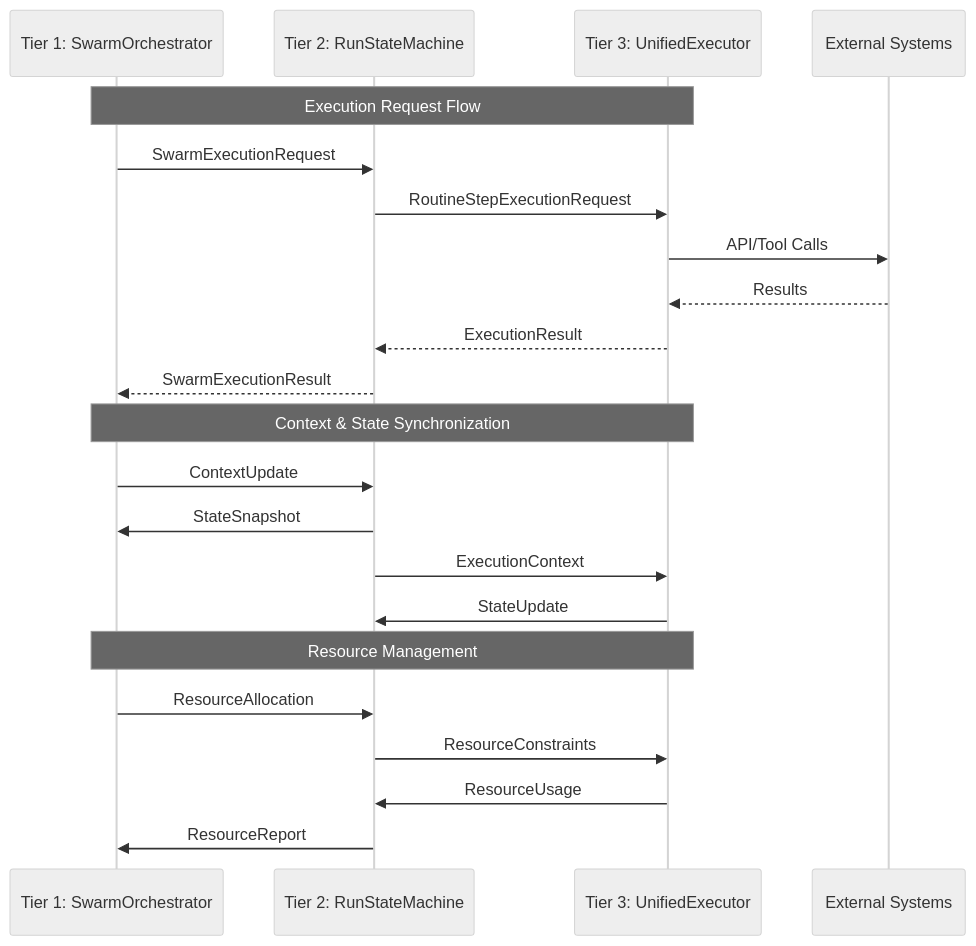
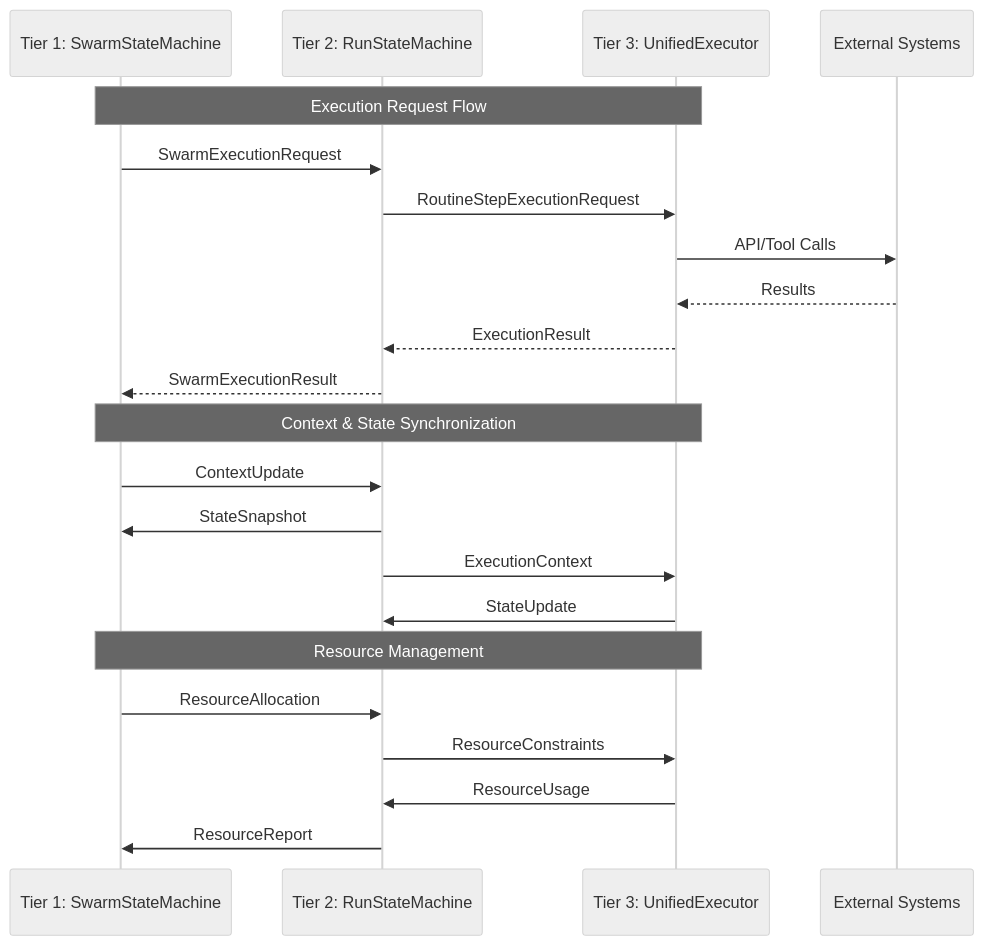
One commit to Vrooli/Vrooli changed diagram 32 of 51 in docs/ai-execution-architecture.md. Above: the diagram before and after it, drawn with Mermaid (neutral theme). The commit also changed other lines of this file, not shown here.

Commit message:
Execution architecture p11

````diff
--- a/docs/ai-execution-architecture.md
+++ b/docs/ai-execution-architecture.md
@@ -2014,27 +2321,27 @@
 ```mermaid
 sequenceDiagram
-    participant T1 as Tier 1: SwarmOrchestrator
+    participant T1 as Tier 1: SwarmStateMachine
     participant T2 as Tier 2: RunStateMachine
     participant T3 as Tier 3: UnifiedExecutor
     participant Ext as External Systems
 
     Note over T1,T3: Execution Request Flow
     T1->>T2: SwarmExecutionRequest
     T2->>T3: RoutineStepExecutionRequest
     T3->>Ext: API/Tool Calls
     Ext-->>T3: Results
     T3-->>T2: ExecutionResult
     T2-->>T1: SwarmExecutionResult
 
     Note over T1,T3: Context & State Synchronization
     T1->>T2: ContextUpdate
     T2->>T1: StateSnapshot
     T2->>T3: ExecutionContext
     T3->>T2: StateUpdate
 
     Note over T1,T3: Resource Management
     T1->>T2: ResourceAllocation
     T2->>T3: ResourceConstraints
     T3->>T2: ResourceUsage
     T2->>T1: ResourceReport
 ```
````
